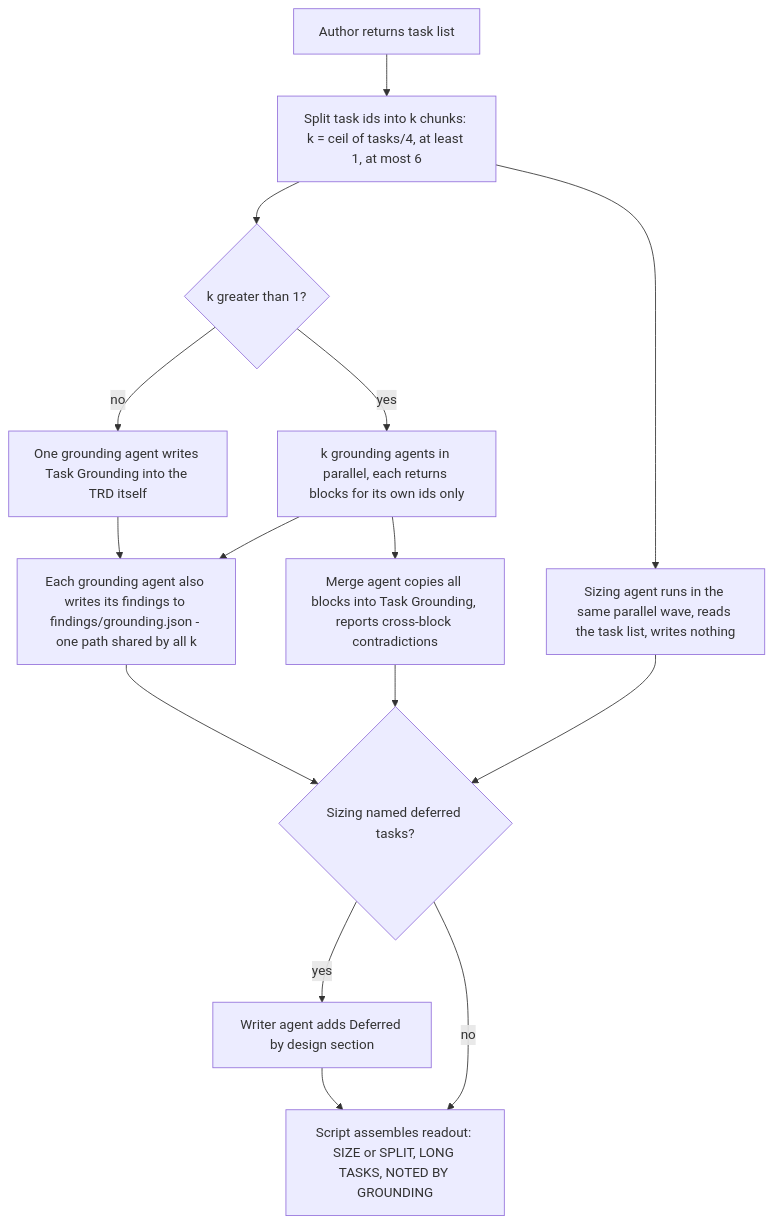
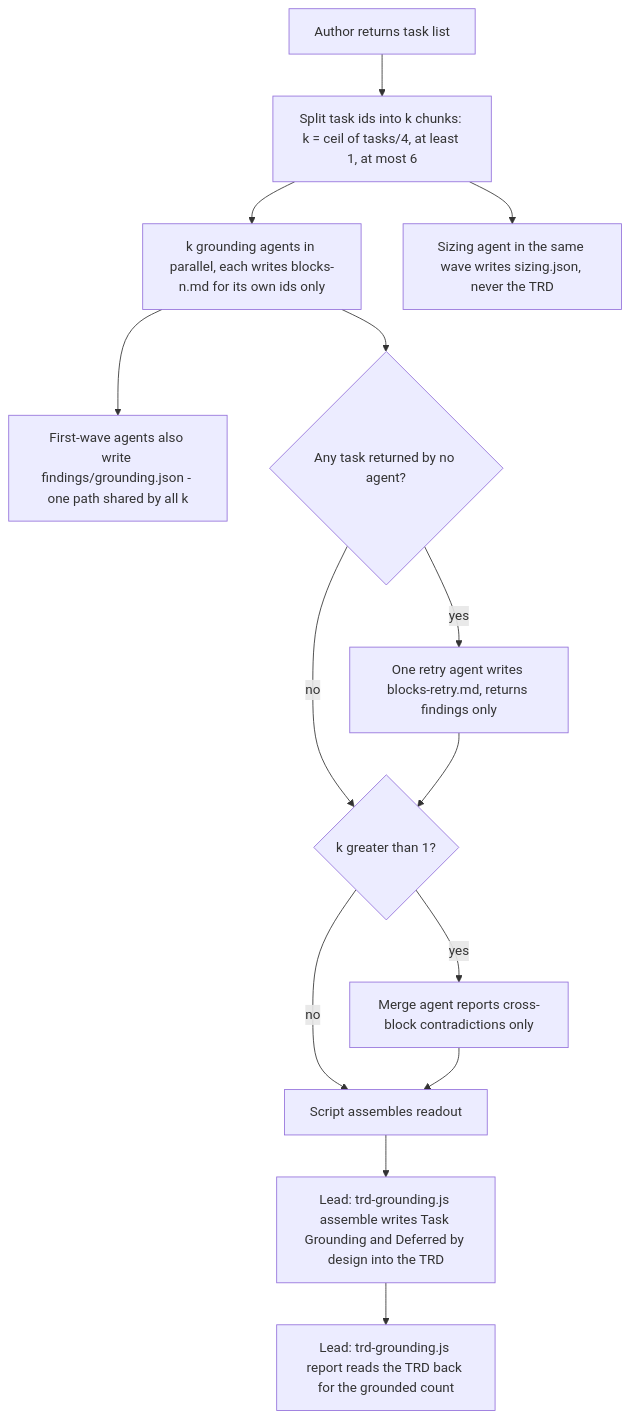
Before and after one commit to FortiumPartners/ensemble-vnext: the first of 3 diagrams in docs/reference/authoring.md, drawn with Mermaid. The commit also changed other lines of this file and 128 other files, not shown here.

````diff
--- a/docs/reference/authoring.md
+++ b/docs/reference/authoring.md
@@ -108,17 +130,16 @@
 ```mermaid
 flowchart TD
     A["Author returns task list"] --> B["Split task ids into k chunks: k = ceil of tasks/4, at least 1, at most 6"]
-    B --> C{"k greater than 1?"}
-    C -- "no" --> D["One grounding agent writes Task Grounding into the TRD itself"]
-    C -- "yes" --> E["k grounding agents in parallel, each returns blocks for its own ids only"]
-    B --> S["Sizing agent runs in the same parallel wave, reads the task list, writes nothing"]
-    D --> F["Each grounding agent also writes its findings to findings/grounding.json - one path shared by all k"]
-    E --> F
-    E --> M["Merge agent copies all blocks into Task Grounding, reports cross-block contradictions"]
-    S --> Q{"Sizing named deferred tasks?"}
-    M --> Q
-    F --> Q
-    Q -- "yes" --> W["Writer agent adds Deferred by design section"]
-    Q -- "no" --> R["Script assembles readout: SIZE or SPLIT, LONG TASKS, NOTED BY GROUNDING"]
-    W --> R
+    B --> E["k grounding agents in parallel, each writes blocks-n.md for its own ids only"]
+    B --> S["Sizing agent in the same wave writes sizing.json, never the TRD"]
+    E --> F["First-wave agents also write findings/grounding.json - one path shared by all k"]
+    E --> X{"Any task returned by no agent?"}
+    X -- "yes" --> RT["One retry agent writes blocks-retry.md, returns findings only"]
+    X -- "no" --> M
+    RT --> M{"k greater than 1?"}
+    M -- "yes" --> MG["Merge agent reports cross-block contradictions only"]
+    M -- "no" --> R["Script assembles readout"]
+    MG --> R
+    R --> L["Lead: trd-grounding.js assemble writes Task Grounding and Deferred by design into the TRD"]
+    L --> RP["Lead: trd-grounding.js report reads the TRD back for the grounded count"]
 ```
````
